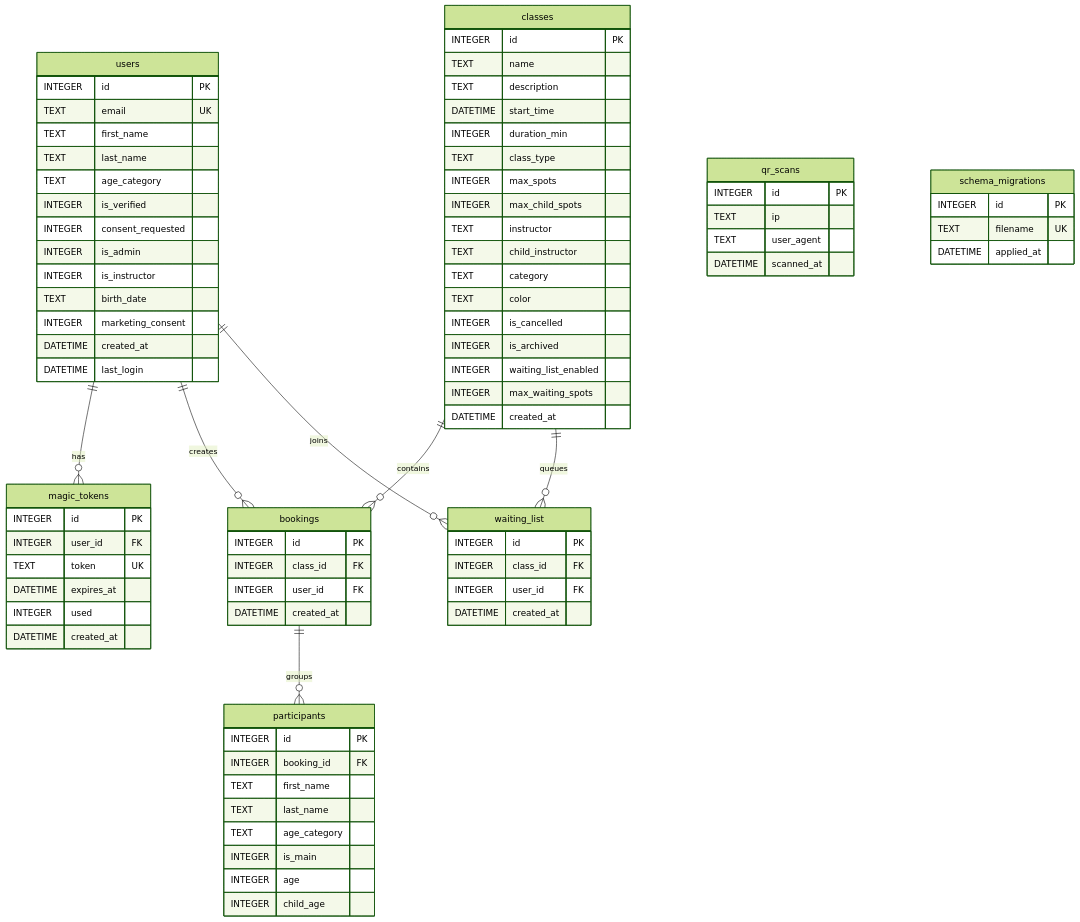
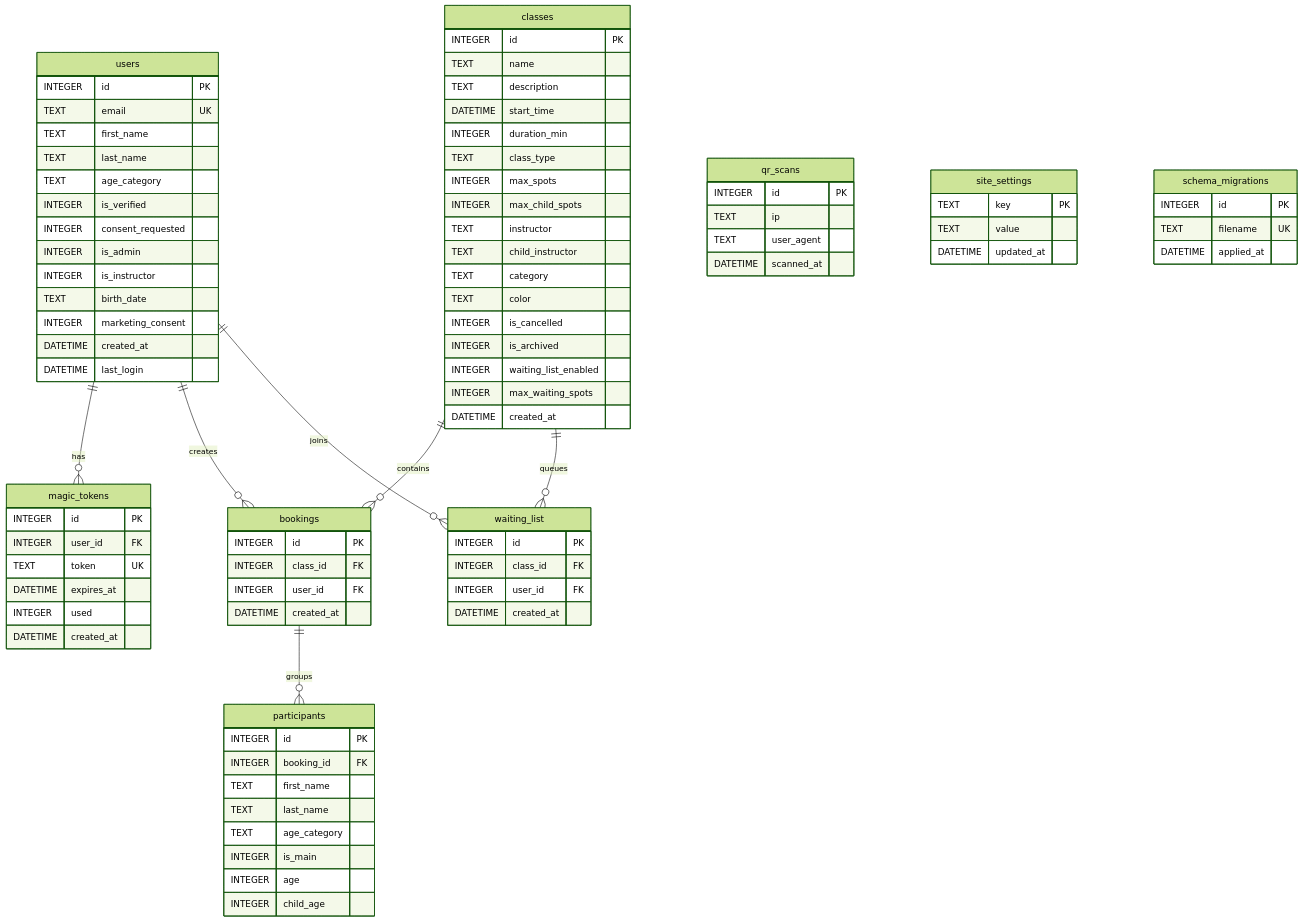
Before and after one commit to prod-explore/climbing-booking: the second of 2 diagrams in README.md, drawn with Mermaid (forest theme). The commit also changed other lines of this file and 19 other files, not shown here.

```diff
--- a/README.md
+++ b/README.md
@@ -138,6 +140,11 @@
         TEXT user_agent
         DATETIME scanned_at
     }
+    site_settings {
+        TEXT key PK
+        TEXT value
+        DATETIME updated_at
+    }
     schema_migrations {
         INTEGER id PK
         TEXT filename UK
```
